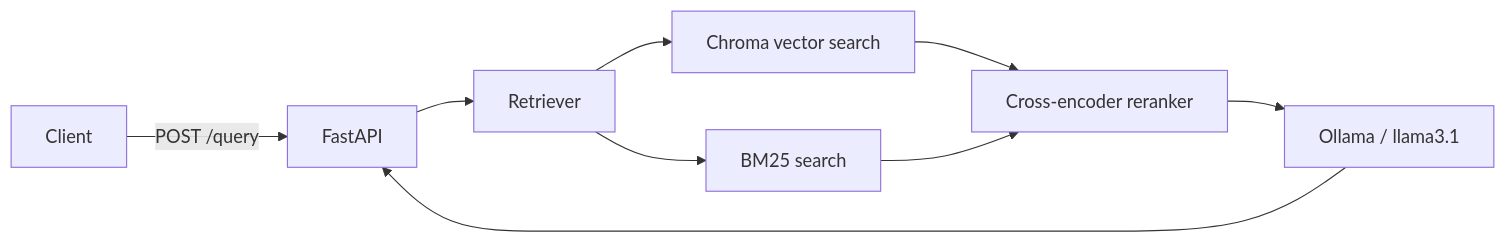
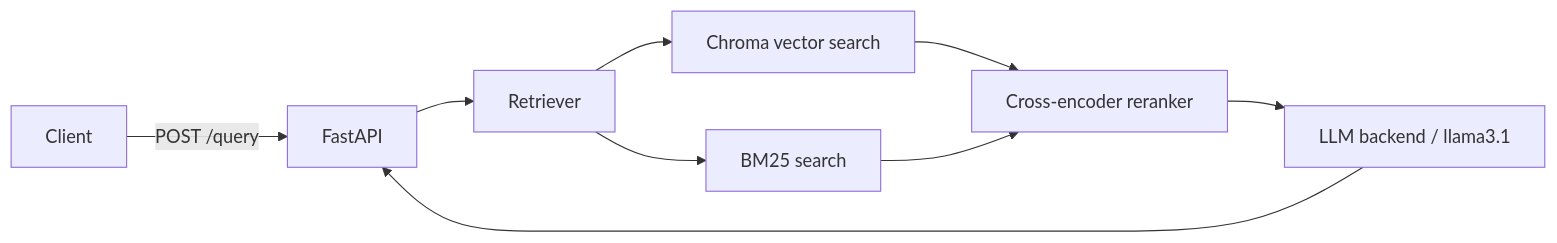
One commit to bomin0624/ollama-rag-webapp changed the diagram in README.md. Above: the diagram before and after it, drawn with Mermaid. The commit also changed other lines of this file and 6 other files, not shown here.

````diff
--- a/README.md
+++ b/README.md
@@ -10,11 +10,11 @@
 ```mermaid
 flowchart LR
     Client -->|POST /query| API[FastAPI]
     API --> Retriever
     Retriever --> Vector[Chroma vector search]
     Retriever --> BM25[BM25 search]
     Vector --> Reranker[Cross-encoder reranker]
     BM25 --> Reranker
-    Reranker --> Ollama[Ollama / llama3.1]
-    Ollama --> API
+    Reranker --> LLM[LLM backend / llama3.1]
+    LLM --> API
 ```
````
